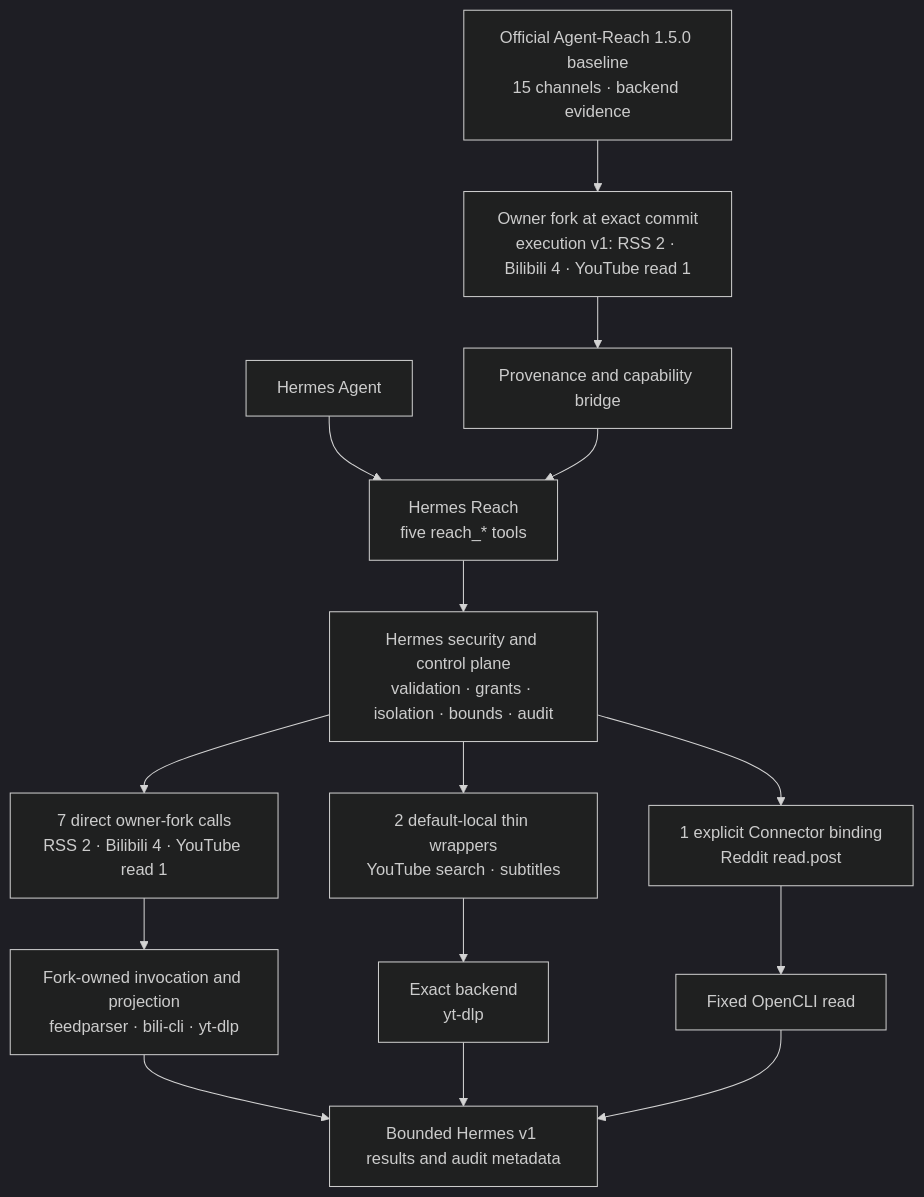
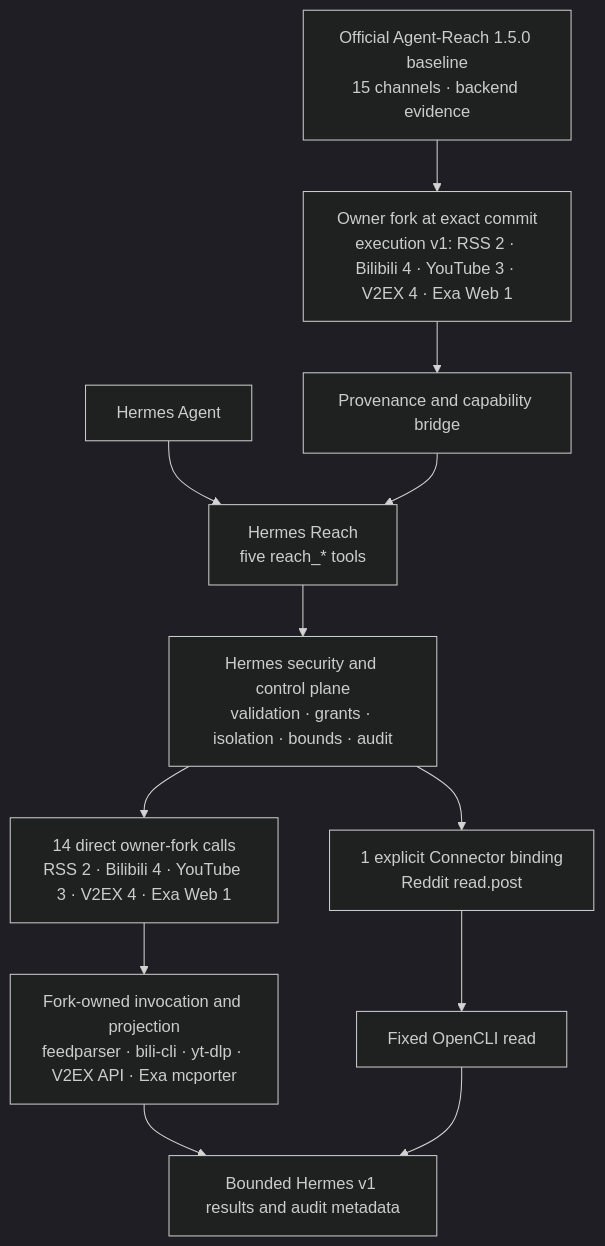
One commit to izumi0uu/hermes-reach changed the first of 2 diagrams in README_EN.md. Above: the diagram before and after it, drawn with Mermaid (dark theme). The commit also changed other lines of this file and 55 other files, not shown here.

Commit message:
feat(agent-reach): execute public platform batch through fork runtime

````diff
--- a/README_EN.md
+++ b/README_EN.md
@@ -298,17 +331,14 @@
 ```mermaid
 flowchart TD
     Hermes["Hermes Agent"] --> Plugin["Hermes Reach<br/>five reach_* tools"]
-    Upstream["Official Agent-Reach 1.5.0 baseline<br/>15 channels · backend evidence"] --> Fork["Owner fork at exact commit<br/>execution v1: RSS 2 · Bilibili 4 · YouTube read 1"]
+    Upstream["Official Agent-Reach 1.5.0 baseline<br/>15 channels · backend evidence"] --> Fork["Owner fork at exact commit<br/>execution v1: RSS 2 · Bilibili 4 · YouTube 3 · V2EX 4 · Exa Web 1"]
     Fork --> Bridge["Provenance and capability bridge"]
     Bridge --> Plugin
     Plugin --> Guard["Hermes security and control plane<br/>validation · grants · isolation · bounds · audit"]
-    Guard --> ForkOps["7 direct owner-fork calls<br/>RSS 2 · Bilibili 4 · YouTube read 1"]
-    Guard --> Local["2 default-local thin wrappers<br/>YouTube search · subtitles"]
+    Guard --> ForkOps["14 direct owner-fork calls<br/>RSS 2 · Bilibili 4 · YouTube 3 · V2EX 4 · Exa Web 1"]
     Guard --> Connector["1 explicit Connector binding<br/>Reddit read.post"]
-    ForkOps --> ForkBackends["Fork-owned invocation and projection<br/>feedparser · bili-cli · yt-dlp"]
-    Local --> Backends["Exact backend<br/>yt-dlp"]
+    ForkOps --> ForkBackends["Fork-owned invocation and projection<br/>feedparser · bili-cli · yt-dlp · V2EX API · Exa mcporter"]
     Connector --> OpenCLI["Fixed OpenCLI read"]
     ForkBackends --> Results["Bounded Hermes v1 results and audit metadata"]
-    Backends --> Results
     OpenCLI --> Results
 ```
````
